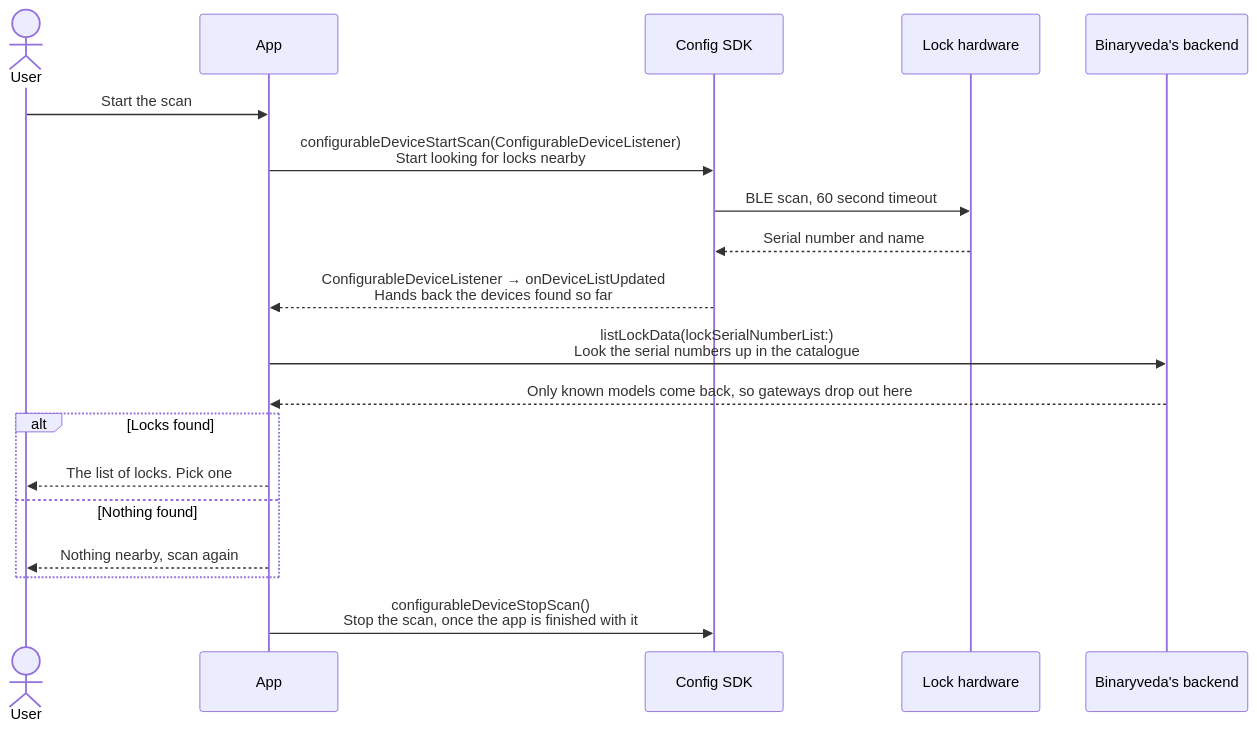
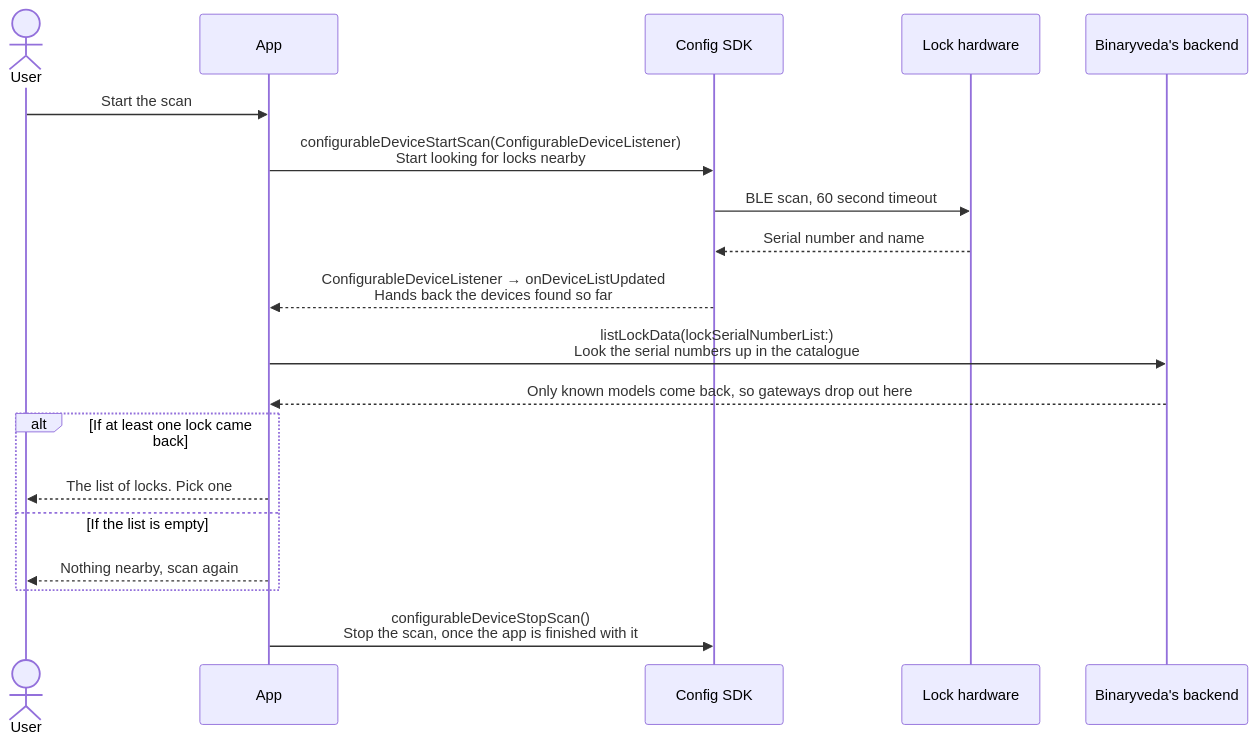
One commit to Yash-Wadatkar-Binaryveda/sdk-docs-site changed the fourth of 16 diagrams in docs/lock-onboarding.md. Above: the diagram before and after it, drawn with Mermaid. The commit also changed other lines of this file and 7 other files, not shown here.

````diff
--- a/docs/lock-onboarding.md
+++ b/docs/lock-onboarding.md
@@ -185,22 +201,22 @@
     ```mermaid
     sequenceDiagram
         actor U as User
         participant A as App
         participant C as Config SDK
         participant L as Lock hardware
         participant B as Binaryveda's backend
 
         U->>A: Start the scan
         A->>C: configurableDeviceStartScan(ConfigurableDeviceListener)<br/>Start looking for locks nearby
         C->>L: BLE scan, 60 second timeout
         L-->>C: Serial number and name
         C-->>A: ConfigurableDeviceListener → onDeviceListUpdated<br/>Hands back the devices found so far
         A->>B: listLockData(lockSerialNumberList:)<br/>Look the serial numbers up in the catalogue
         B-->>A: Only known models come back, so gateways drop out here
-        alt Locks found
+        alt If at least one lock came back
             A-->>U: The list of locks. Pick one
-        else Nothing found
+        else If the list is empty
             A-->>U: Nothing nearby, scan again
         end
         A->>C: configurableDeviceStopScan()<br/>Stop the scan, once the app is finished with it
     ```
````
